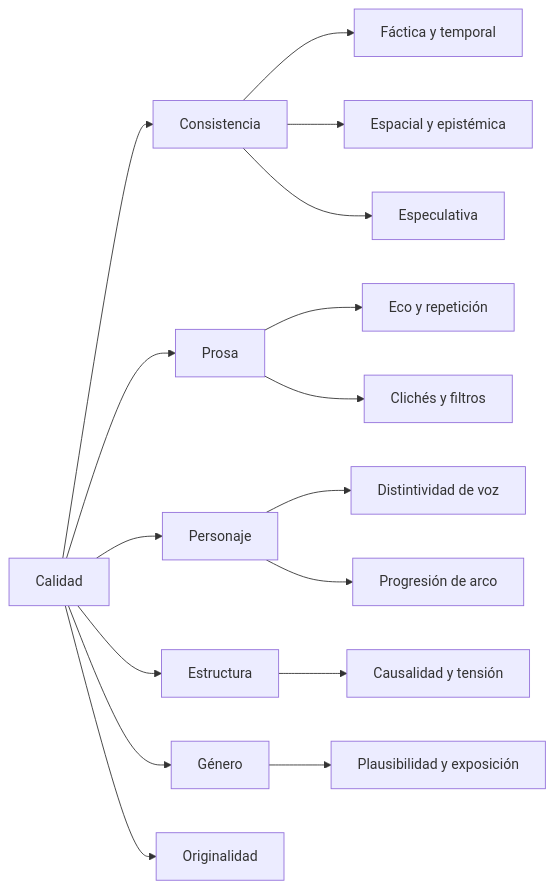
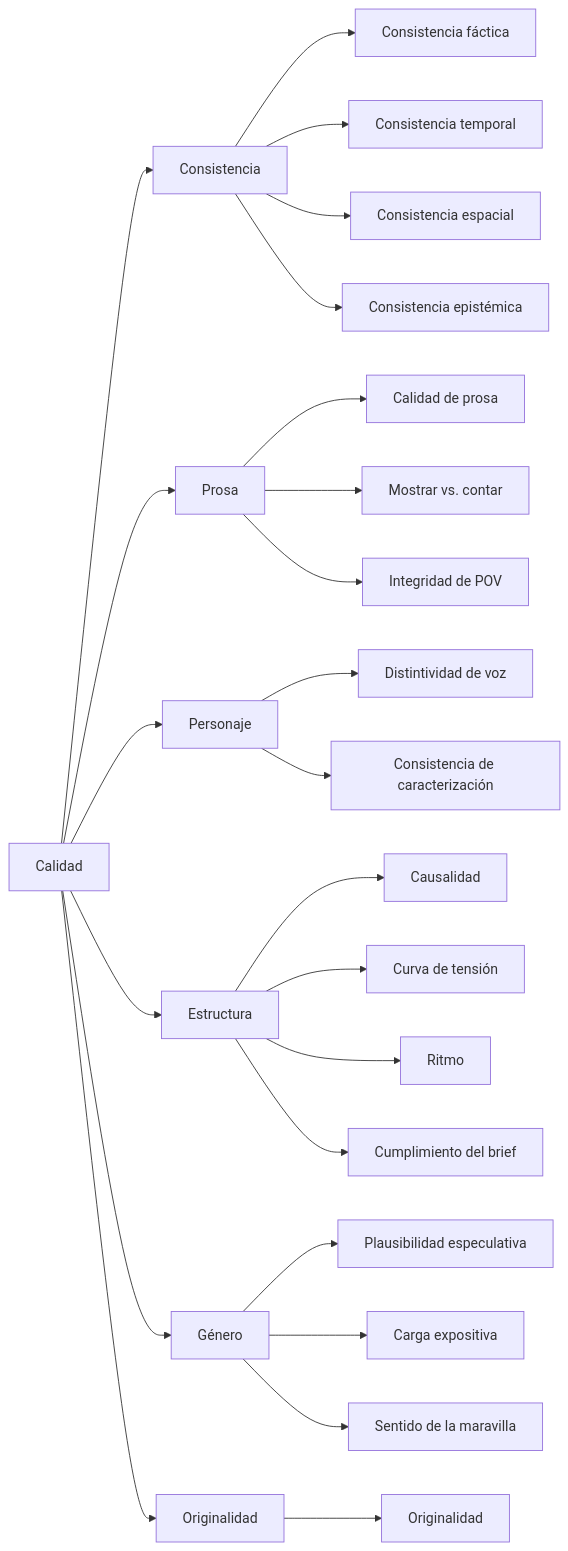
One commit to BrunoCrz3/MyStory changed diagram 16 of 20 in docs/domain-knowledge.md. Above: the diagram before and after it, drawn with Mermaid. The commit also changed other lines of this file and 1 other file, not shown here.

````diff
--- a/docs/domain-knowledge.md
+++ b/docs/domain-knowledge.md
@@ -275,18 +278,26 @@
 ```mermaid
 flowchart LR
   CAL[Calidad] --> CON[Consistencia]
   CAL --> PRO[Prosa]
   CAL --> PER[Personaje]
   CAL --> STR[Estructura]
   CAL --> GEN[Género]
   CAL --> ORI[Originalidad]
-  CON --> C1[Fáctica y temporal]
-  CON --> C2[Espacial y epistémica]
-  CON --> C3[Especulativa]
-  PRO --> P1[Eco y repetición]
-  PRO --> P2[Clichés y filtros]
+  CON --> C1[Consistencia fáctica]
+  CON --> C2[Consistencia temporal]
+  CON --> C3[Consistencia espacial]
+  CON --> C4[Consistencia epistémica]
+  PRO --> P1[Calidad de prosa]
+  PRO --> P2[Mostrar vs. contar]
+  PRO --> P3[Integridad de POV]
   PER --> R1[Distintividad de voz]
-  PER --> R2[Progresión de arco]
-  STR --> S1[Causalidad y tensión]
-  GEN --> G1[Plausibilidad y exposición]
+  PER --> R2[Consistencia de caracterización]
+  STR --> S1[Causalidad]
+  STR --> S2[Curva de tensión]
+  STR --> S3[Ritmo]
+  STR --> S4[Cumplimiento del brief]
+  GEN --> G1[Plausibilidad especulativa]
+  GEN --> G2[Carga expositiva]
+  GEN --> G3[Sentido de la maravilla]
+  ORI --> O1[Originalidad]
 ```
````
